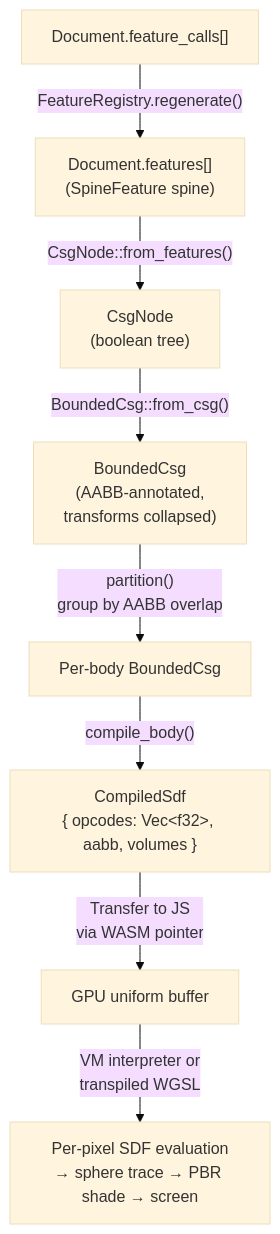
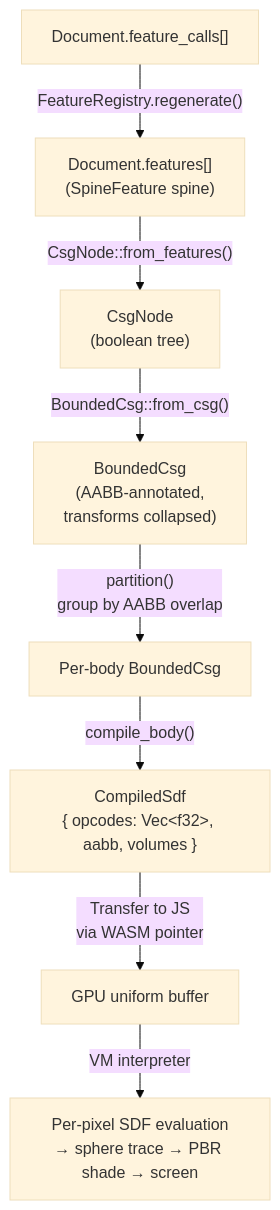
The eighth of 9 diagrams in docs/ARCHITECTURE.md (SebastianBaltes/fielddraft), drawn with Mermaid (base theme) before and after one commit. The commit also changed other lines of this file and 2 other files, not shown here.

First line of the commit message:
refactor: remove dead transpiled-WGSL render tier from sdfRenderer.ts

````diff
--- a/docs/ARCHITECTURE.md
+++ b/docs/ARCHITECTURE.md
@@ -627,19 +625,19 @@
 ```mermaid
 graph TD
     Calls["Document.feature_calls[]"]
     Spine["Document.features[]\n(SpineFeature spine)"]
     CSG["CsgNode\n(boolean tree)"]
     BVH["BoundedCsg\n(AABB-annotated,\ntransforms collapsed)"]
     Partition["Per-body BoundedCsg"]
     Compiled["CompiledSdf\n{ opcodes: Vec&lt;f32&gt;, aabb, volumes }"]
     GPU["GPU uniform buffer"]
     Screen["Per-pixel SDF evaluation\n→ sphere trace → PBR shade → screen"]
 
     Calls -- "FeatureRegistry.regenerate()" --> Spine
     Spine -- "CsgNode::from_features()" --> CSG
     CSG -- "BoundedCsg::from_csg()" --> BVH
     BVH -- "partition()\ngroup by AABB overlap" --> Partition
     Partition -- "compile_body()" --> Compiled
     Compiled -- "Transfer to JS\nvia WASM pointer" --> GPU
-    GPU -- "VM interpreter or\ntranspiled WGSL" --> Screen
+    GPU -- "VM interpreter" --> Screen
 ```
````
